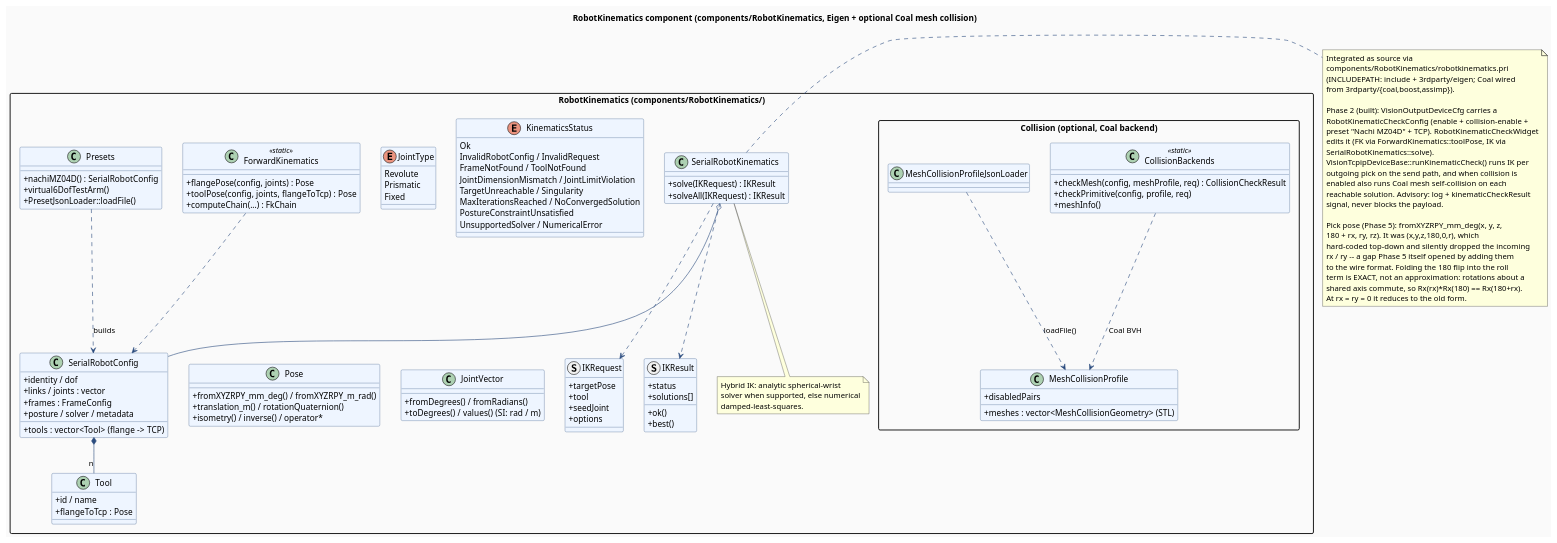
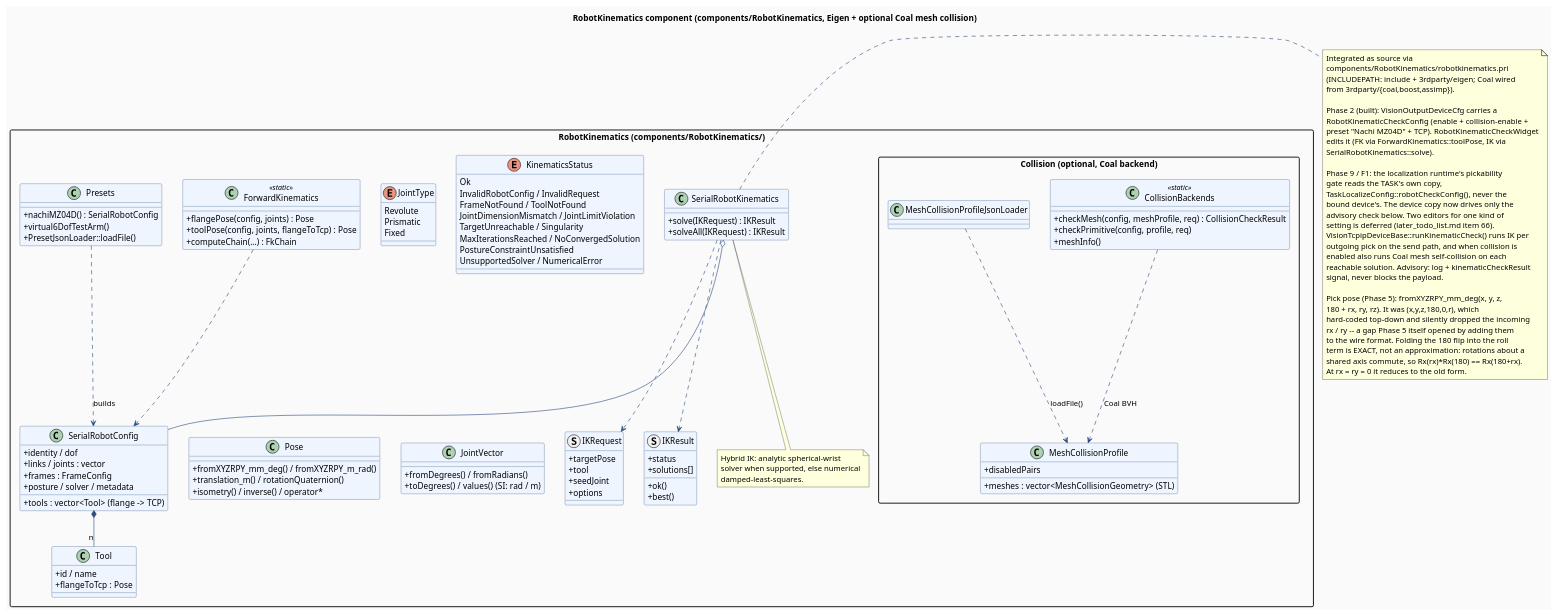
One commit to gstorm-b/computer-vision-app changed the diagram in uml/09_robot_kinematics.puml. Above: the diagram before and after it, drawn with PlantUML. The commit also changed 287 other files, not shown here.

```diff
--- a/uml/09_robot_kinematics.puml
+++ b/uml/09_robot_kinematics.puml
@@ -1,138 +1,145 @@
 @startuml robot_kinematics
 title RobotKinematics component (components/RobotKinematics, Eigen + optional Coal mesh collision)
 
 skinparam backgroundColor #FAFAFA
 skinparam shadowing false
 skinparam classAttributeIconSize 0
 skinparam packageStyle rectangle
 skinparam ArrowColor #2B4C7E
 skinparam ClassBorderColor #2B4C7E
 skinparam ClassBackgroundColor #EEF5FF
 
 package "RobotKinematics (components/RobotKinematics/)" {
 
   enum JointType {
     Revolute
     Prismatic
     Fixed
   }
 
   enum KinematicsStatus {
     Ok
     InvalidRobotConfig / InvalidRequest
     FrameNotFound / ToolNotFound
     JointDimensionMismatch / JointLimitViolation
     TargetUnreachable / Singularity
     MaxIterationsReached / NoConvergedSolution
     PostureConstraintUnsatisfied
     UnsupportedSolver / NumericalError
   }
 
   class Pose {
     +fromXYZRPY_mm_deg() / fromXYZRPY_m_rad()
     +translation_m() / rotationQuaternion()
     +isometry() / inverse() / operator*
   }
 
   class JointVector {
     +fromDegrees() / fromRadians()
     +toDegrees() / values()  (SI: rad / m)
   }
 
   class SerialRobotConfig {
     +identity / dof
     +links / joints : vector
     +frames : FrameConfig
     +tools : vector<Tool>  (flange -> TCP)
     +posture / solver / metadata
   }
   class Tool {
     +id / name
     +flangeToTcp : Pose
   }
   SerialRobotConfig *-- "n" Tool
 
   struct IKRequest {
     +targetPose
     +tool
     +seedJoint
     +options
   }
   struct IKResult {
     +status
     +solutions[]
     +ok()
     +best()
   }
 
   class ForwardKinematics <<static>> {
     +flangePose(config, joints) : Pose
     +toolPose(config, joints, flangeToTcp) : Pose
     +computeChain(...) : FkChain
   }
 
   class SerialRobotKinematics {
     +solve(IKRequest) : IKResult
     +solveAll(IKRequest) : IKResult
   }
   note bottom of SerialRobotKinematics
     Hybrid IK: analytic spherical-wrist
     solver when supported, else numerical
     damped-least-squares.
   end note
 
   class "Presets" as Presets {
     +nachiMZ04D() : SerialRobotConfig
     +virtual6DofTestArm()
     +PresetJsonLoader::loadFile()
   }
 
   package "Collision (optional, Coal backend)" {
     class MeshCollisionProfile {
       +meshes : vector<MeshCollisionGeometry>  (STL)
       +disabledPairs
     }
     class CollisionBackends <<static>> {
       +checkMesh(config, meshProfile, req) : CollisionCheckResult
       +checkPrimitive(config, profile, req)
       +meshInfo()
     }
     MeshCollisionProfileJsonLoader ..> MeshCollisionProfile : loadFile()
     CollisionBackends ..> MeshCollisionProfile : Coal BVH
   }
 
   Presets ..> SerialRobotConfig : builds
   SerialRobotKinematics o-- SerialRobotConfig
   ForwardKinematics ..> SerialRobotConfig
   SerialRobotKinematics ..> IKRequest
   SerialRobotKinematics ..> IKResult
 }
 
 note right of SerialRobotKinematics
   Integrated as source via
   components/RobotKinematics/robotkinematics.pri
   (INCLUDEPATH: include + 3rdparty/eigen; Coal wired
   from 3rdparty/{coal,boost,assimp}).
 
   Phase 2 (built): VisionOutputDeviceCfg carries a
   RobotKinematicCheckConfig (enable + collision-enable +
   preset "Nachi MZ04D" + TCP). RobotKinematicCheckWidget
   edits it (FK via ForwardKinematics::toolPose, IK via
   SerialRobotKinematics::solve).
+
+  Phase 9 / F1: the localization runtime's pickability
+  gate reads the TASK's own copy,
+  TaskLocalizeConfig::robotCheckConfig(), never the
+  bound device's. The device copy now drives only the
+  advisory check below. Two editors for one kind of
+  setting is deferred (later_todo_list.md item 66).
   VisionTcpipDeviceBase::runKinematicCheck() runs IK per
   outgoing pick on the send path, and when collision is
   enabled also runs Coal mesh self-collision on each
   reachable solution. Advisory: log + kinematicCheckResult
   signal, never blocks the payload.
 
   Pick pose (Phase 5): fromXYZRPY_mm_deg(x, y, z,
   180 + rx, ry, rz). It was (x,y,z,180,0,r), which
   hard-coded top-down and silently dropped the incoming
   rx / ry -- a gap Phase 5 itself opened by adding them
   to the wire format. Folding the 180 flip into the roll
   term is EXACT, not an approximation: rotations about a
   shared axis commute, so Rx(rx)*Rx(180) == Rx(180+rx).
   At rx = ry = 0 it reduces to the old form.
 end note
 
 @enduml
```
